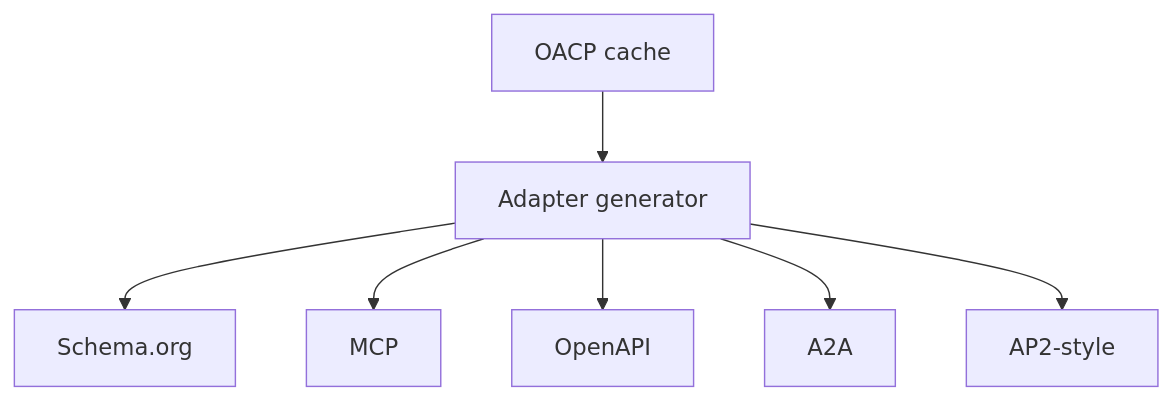
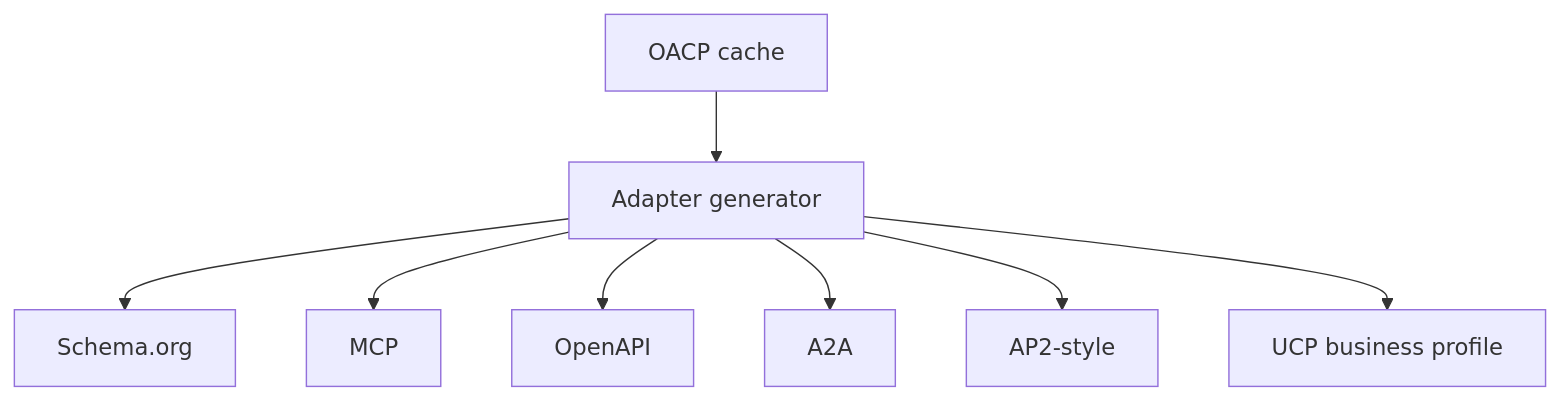
One commit to mishrasanjeev/agentic-org changed the diagram in docs/oacp/protocol-adapter-consumption-guide.md. Above: the diagram before and after it, drawn with Mermaid. The commit also changed other lines of this file and 146 other files, not shown here.

````diff
--- a/docs/oacp/protocol-adapter-consumption-guide.md
+++ b/docs/oacp/protocol-adapter-consumption-guide.md
@@ -19,9 +19,10 @@
 ```mermaid
 flowchart TD
   cache[OACP cache] --> adapters[Adapter generator]
   adapters --> schema[Schema.org]
   adapters --> mcp[MCP]
   adapters --> openapi[OpenAPI]
   adapters --> a2a[A2A]
   adapters --> ap2[AP2-style]
+  adapters --> ucp[UCP business profile]
 ```
````
